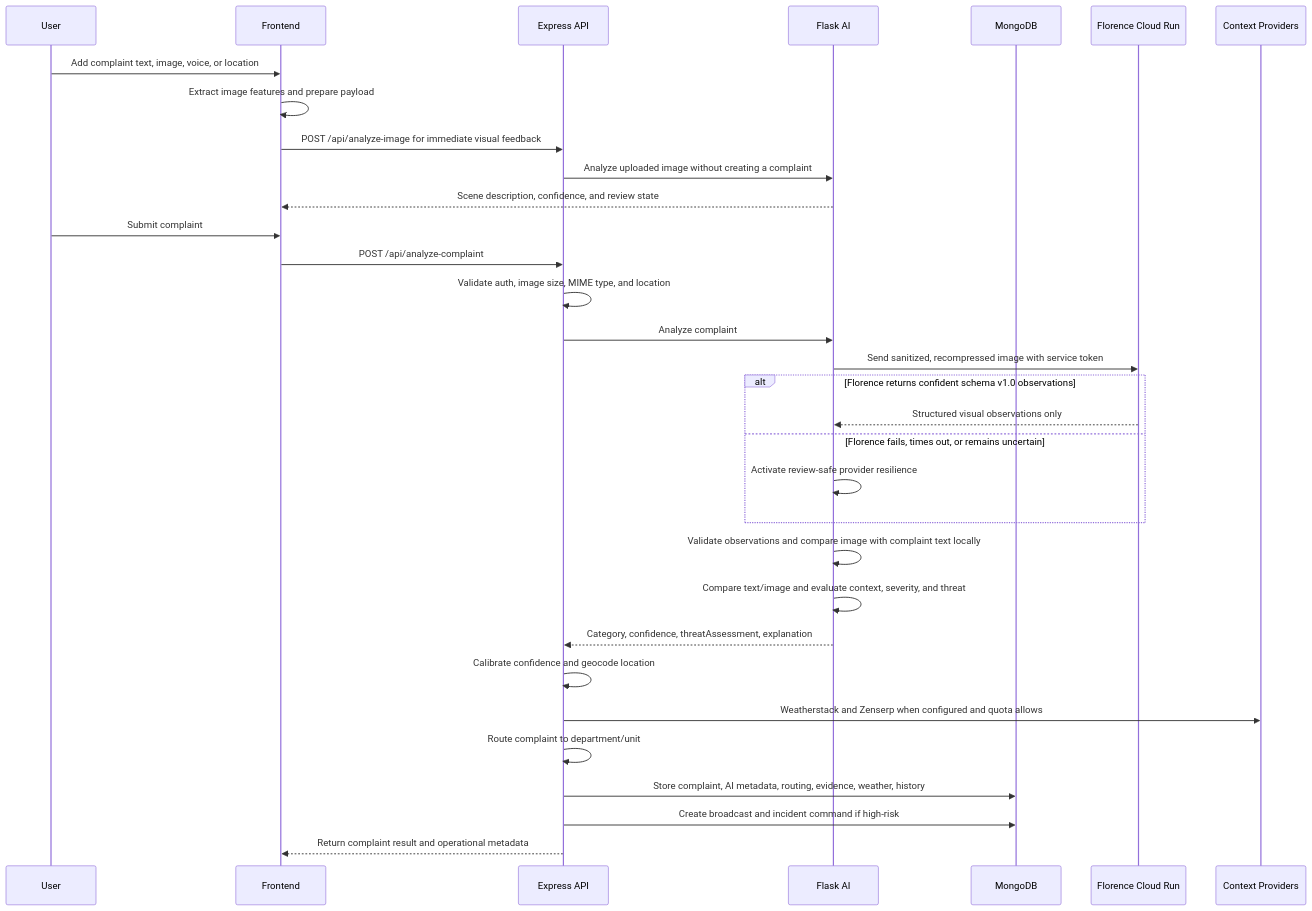
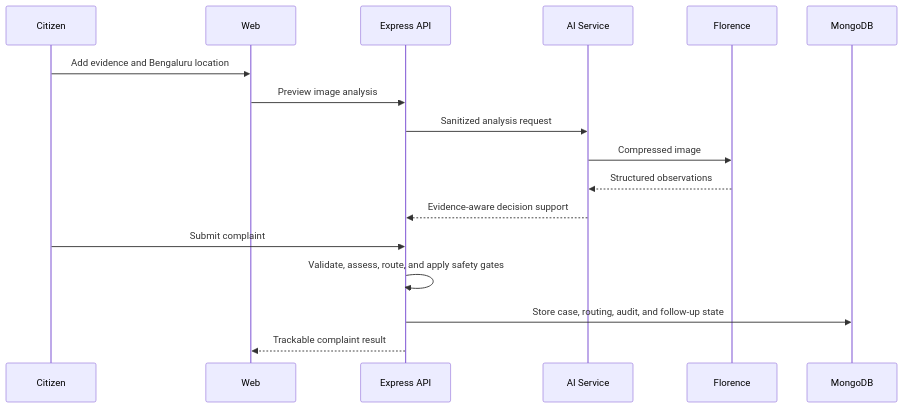
Before and after one commit to Shreyas0047/Urban-Pulse-Ai: the second of 2 diagrams in README.md, drawn with Mermaid. The commit also changed other lines of this file and 8 other files, not shown here.

````diff
--- a/README.md
+++ b/README.md
@@ -147,35 +103,20 @@
-```mermaid
+~~~mermaid
 sequenceDiagram
-    participant U as User
-    participant FE as Frontend
-    participant API as Express API
-    participant AI as Flask AI
-    participant DB as MongoDB
-    participant FL as Florence Cloud Run
-    participant EXT as Context Providers
+    participant U as Citizen
+    participant W as Web
+    participant A as Express API
+    participant I as AI Service
+    participant V as Florence
+    participant D as MongoDB
 
-    U->>FE: Add complaint text, image, voice, or location
-    FE->>FE: Extract image features and prepare payload
-    FE->>API: POST /api/analyze-image for immediate visual feedback
-    API->>AI: Analyze uploaded image without creating a complaint
-    AI-->>FE: Scene description, confidence, and review state
-    U->>FE: Submit complaint
-    FE->>API: POST /api/analyze-complaint
-    API->>API: Validate auth, image size, MIME type, and location
-    API->>AI: Analyze complaint
-    AI->>FL: Send sanitized, recompressed image with service token
-    alt Florence returns confident schema v1.0 observations
-        FL-->>AI: Structured visual observations only
-    else Florence fails, times out, or remains uncertain
-        AI->>AI: Activate review-safe provider resilience
-    end
-    AI->>AI: Validate observations and compare image with complaint text locally
-    AI->>AI: Compare text/image and evaluate context, severity, and threat
-    AI-->>API: Category, confidence, threatAssessment, explanation
-    API->>API: Calibrate confidence and geocode location
-    API->>EXT: Weatherstack and Zenserp when configured and quota allows
-    API->>API: Route complaint to department/unit
-    API->>DB: Store complaint, AI metadata, routing, evidence, weather, history
-    API->>DB: Create broadcast and incident command if high-risk
-    API-->>FE: Return complaint result and operational metadata
-```
+    U->>W: Add evidence and Bengaluru location
+    W->>A: Preview image analysis
+    A->>I: Sanitized analysis request
+    I->>V: Compressed image
+    V-->>I: Structured observations
+    I-->>A: Evidence-aware decision support
+    U->>A: Submit complaint
+    A->>A: Validate, assess, route, and apply safety gates
+    A->>D: Store case, routing, audit, and follow-up state
+    A-->>W: Trackable complaint result
+~~~
````
